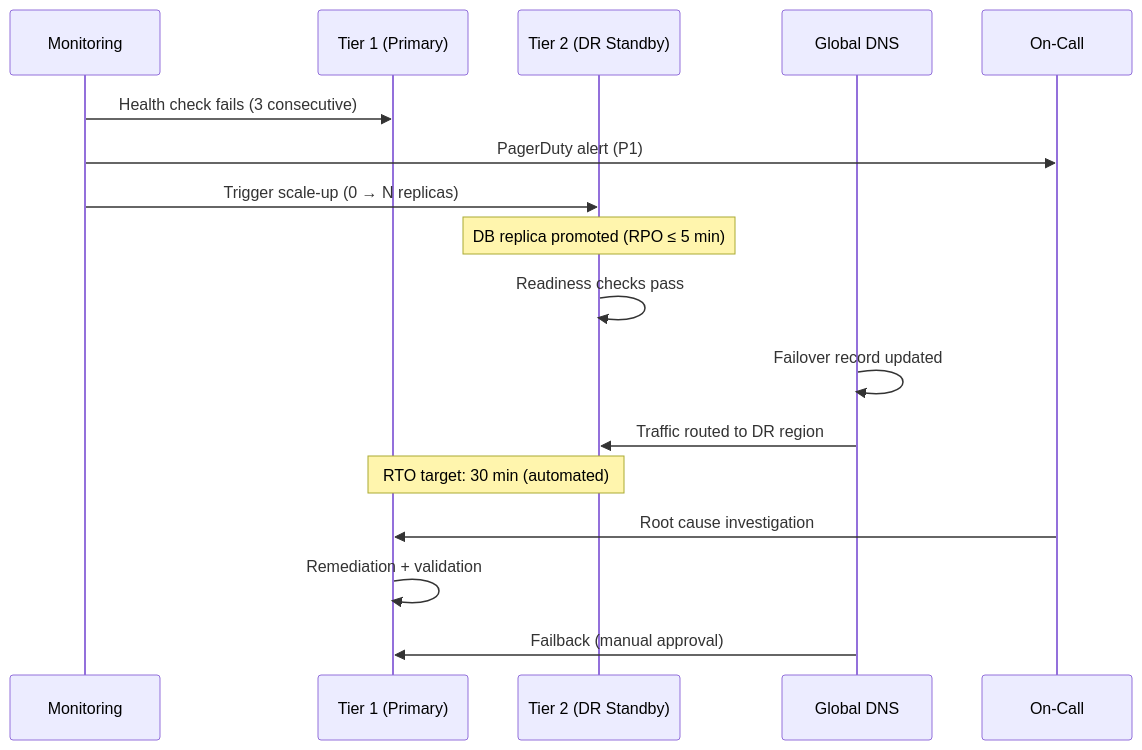
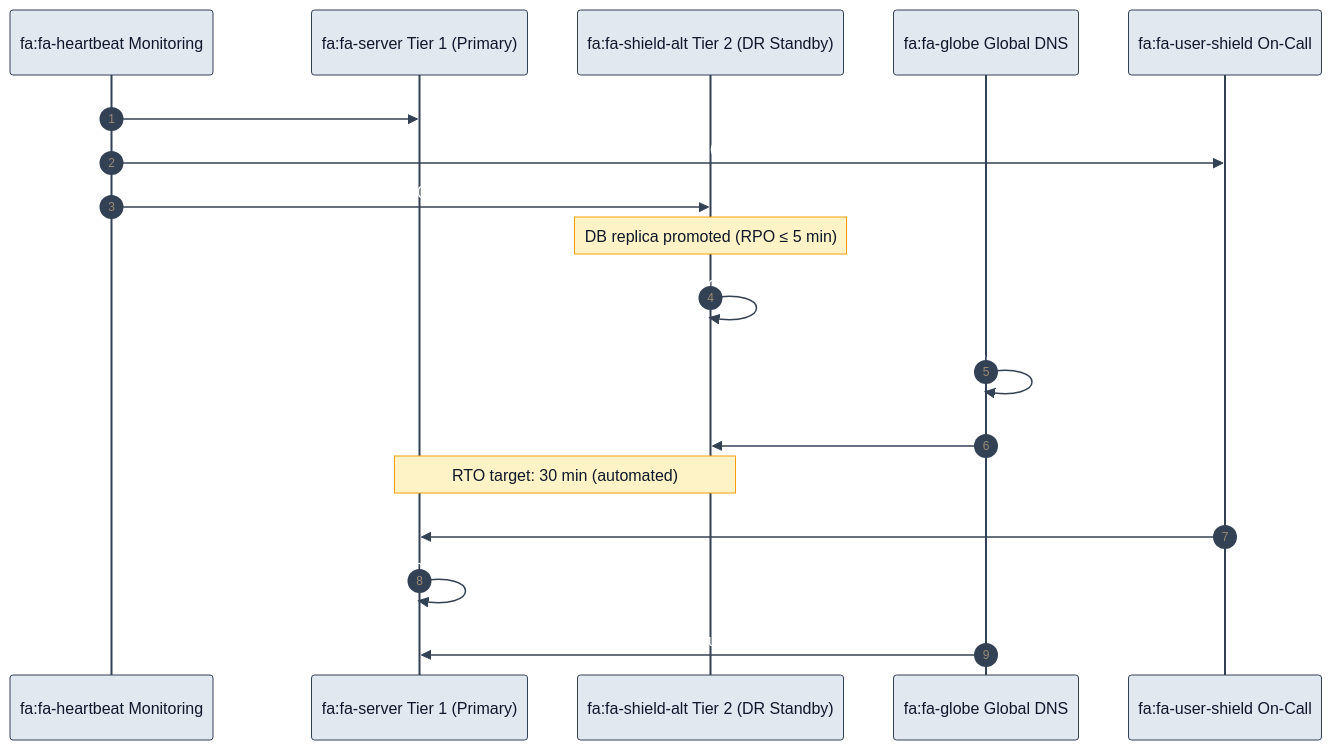
The diagram in docs/core/architecture/DR-BC.md (lvonguyen/cloudforge), drawn with Mermaid before and after one commit. The commit also changed 11 other files, not shown here.

First line of the commit message:
docs: add Mermaid theme init blocks + fix remaining Aegis display-names

````diff
--- a/docs/core/architecture/DR-BC.md
+++ b/docs/core/architecture/DR-BC.md
@@ -26,20 +26,23 @@
 ```mermaid
+%%{init: {'theme': 'base', 'themeVariables': {'fontFamily': 'Inter, system-ui, sans-serif', 'fontSize': '14px', 'primaryColor': '#1e40af', 'primaryTextColor': '#fff', 'primaryBorderColor': '#1e3a8a', 'lineColor': '#64748b', 'actorTextColor': '#0f172a', 'actorBkg': '#e2e8f0', 'actorBorder': '#334155', 'signalColor': '#334155', 'noteBkgColor': '#fef3c7', 'noteTextColor': '#0f172a', 'noteBorderColor': '#f59e0b'}}}%%
+
 sequenceDiagram
-    participant M as Monitoring
-    participant T1 as Tier 1 (Primary)
-    participant T2 as Tier 2 (DR Standby)
-    participant DNS as Global DNS
-    participant OPS as On-Call
+    autonumber
+    participant M as fa:fa-heartbeat Monitoring
+    participant T1 as fa:fa-server Tier 1 (Primary)
+    participant T2 as fa:fa-shield-alt Tier 2 (DR Standby)
+    participant DNS as fa:fa-globe Global DNS
+    participant OPS as fa:fa-user-shield On-Call
 
     M->>T1: Health check fails (3 consecutive)
     M->>OPS: PagerDuty alert (P1)
     M->>T2: Trigger scale-up (0 → N replicas)
     Note over T2: DB replica promoted (RPO ≤ 5 min)
     T2->>T2: Readiness checks pass
     DNS->>DNS: Failover record updated
     DNS->>T2: Traffic routed to DR region
     Note over T1,T2: RTO target: 30 min (automated)
     OPS->>T1: Root cause investigation
     T1->>T1: Remediation + validation
     DNS->>T1: Failback (manual approval)
 ```
````
